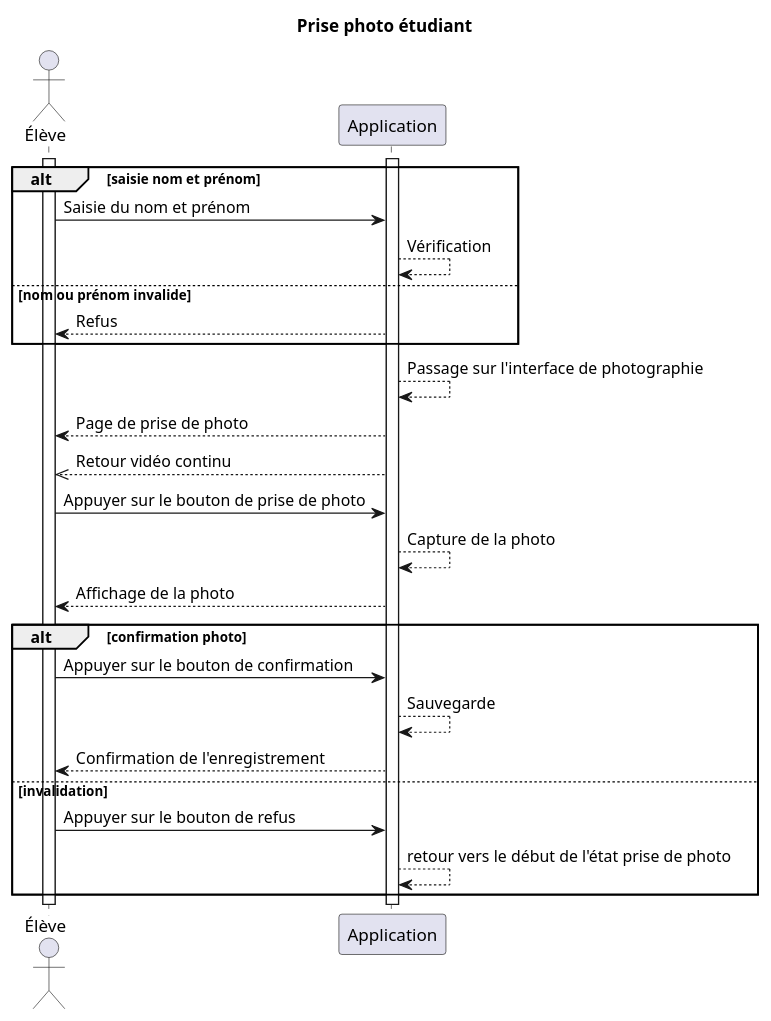
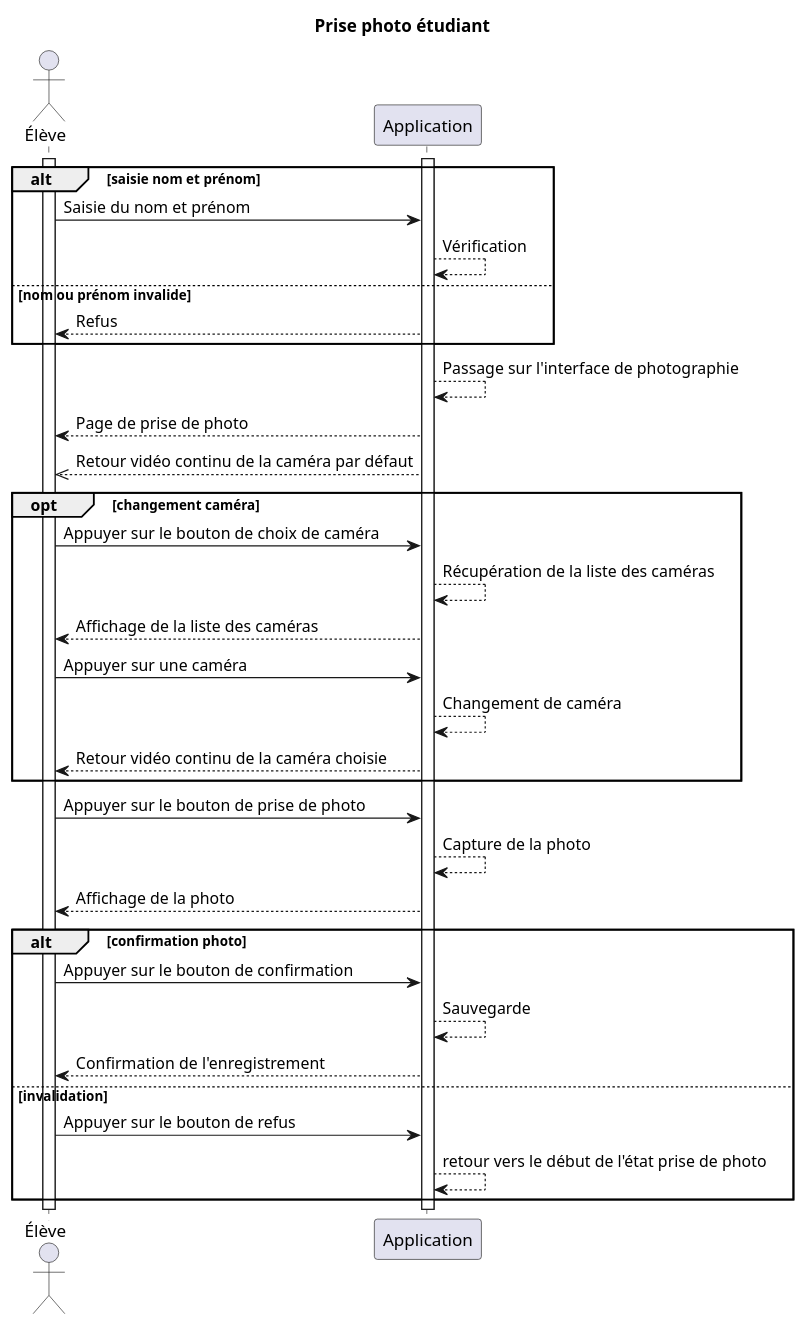
The diagram in Diagrammes/use_cases/use_case_etudiant_prend_photo.wsd (pandadorable/Trombinoscope), drawn with PlantUML before and after one commit.

Commit message:
ajout choix caméra

```diff
--- a/Diagrammes/use_cases/use_case_etudiant_prend_photo.wsd
+++ b/Diagrammes/use_cases/use_case_etudiant_prend_photo.wsd
@@ -1,30 +1,39 @@
 @startuml etudiant_prend_photo
 title Prise photo étudiant
 actor Élève
 activate Élève
 activate Application
 alt saisie nom et prénom
      Élève-> Application: Saisie du nom et prénom
      Application--> Application : Vérification
 else nom ou prénom invalide
      Application--> Élève: Refus
 end
 
 Application--> Application : Passage sur l'interface de photographie
 Application--> Élève: Page de prise de photo
-Application-->> Élève: Retour vidéo continu
+Application-->> Élève: Retour vidéo continu de la caméra par défaut
+
+opt changement caméra
+     Élève-> Application: Appuyer sur le bouton de choix de caméra
+     Application--> Application : Récupération de la liste des caméras
+     Application--> Élève: Affichage de la liste des caméras
+     Élève-> Application: Appuyer sur une caméra
+     Application--> Application : Changement de caméra
+     Application--> Élève: Retour vidéo continu de la caméra choisie
+end
 
 Élève-> Application: Appuyer sur le bouton de prise de photo
 Application--> Application : Capture de la photo
 Application--> Élève: Affichage de la photo
 
 
 alt confirmation photo
      Élève-> Application: Appuyer sur le bouton de confirmation
      Application--> Application : Sauvegarde
      Application--> Élève: Confirmation de l'enregistrement
 else invalidation
      Élève-> Application: Appuyer sur le bouton de refus
      Application--> Application : retour vers le début de l'état prise de photo
 end
 @enduml
```
